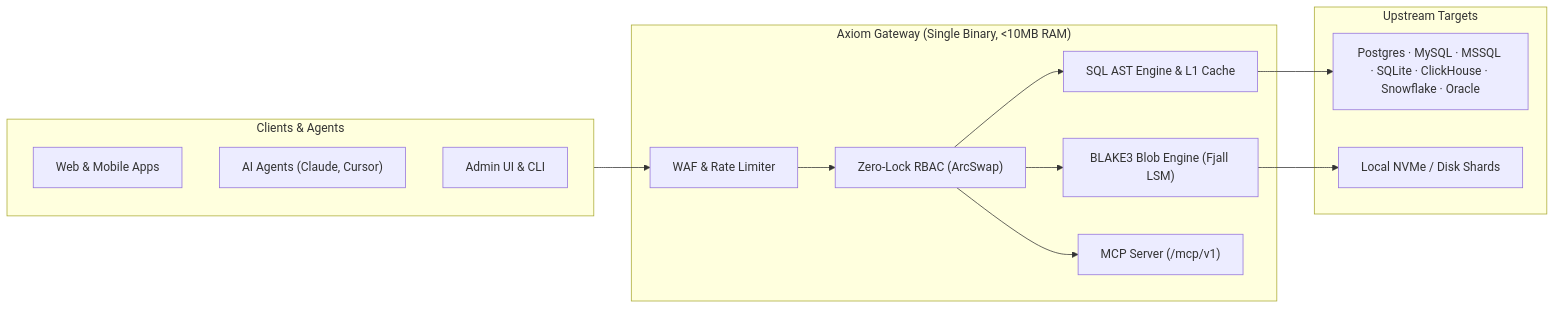
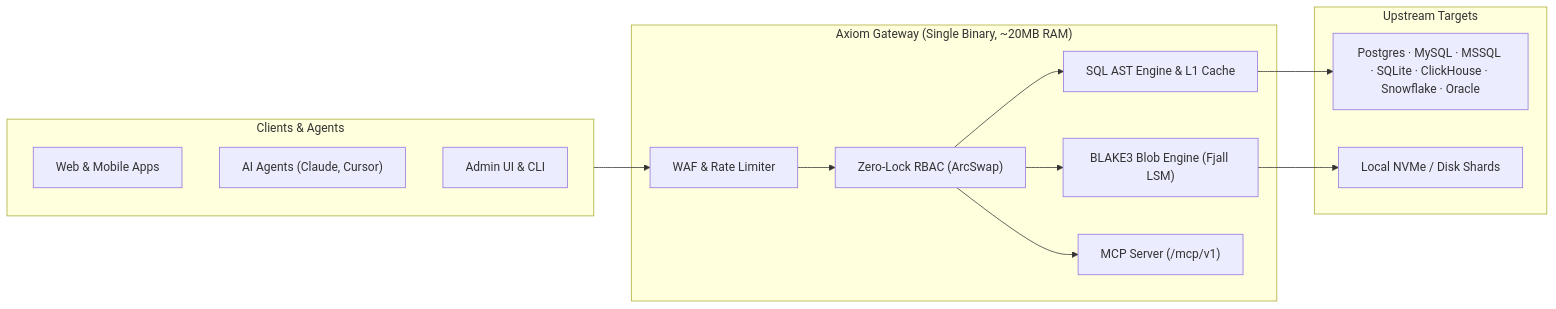
Before and after one commit to toxichome-whoami/axiom: the diagram in README.md, drawn with Mermaid. The commit also changed other lines of this file and 5 other files, not shown here.

````diff
--- a/README.md
+++ b/README.md
@@ -154,30 +154,30 @@
 ```mermaid
 flowchart LR
     subgraph Clients["Clients & Agents"]
         A1["Web & Mobile Apps"]
         A2["AI Agents (Claude, Cursor)"]
         A3["Admin UI & CLI"]
     end
 
-    subgraph Axiom["Axiom Gateway (Single Binary, <10MB RAM)"]
+    subgraph Axiom["Axiom Gateway (Single Binary, ~20MB RAM)"]
         WAF["WAF & Rate Limiter"]
         AUTH["Zero-Lock RBAC (ArcSwap)"]
         SQL["SQL AST Engine & L1 Cache"]
         BLOB["BLAKE3 Blob Engine (Fjall LSM)"]
         MCP["MCP Server (/mcp/v1)"]
 
         WAF --> AUTH
         AUTH --> SQL
         AUTH --> BLOB
         AUTH --> MCP
     end
 
     subgraph Storage["Upstream Targets"]
         DB["Postgres · MySQL · MSSQL · SQLite · ClickHouse · Snowflake · Oracle"]
         DISK["Local NVMe / Disk Shards"]
     end
 
     Clients --> WAF
     SQL --> DB
     BLOB --> DISK
 ```
````
